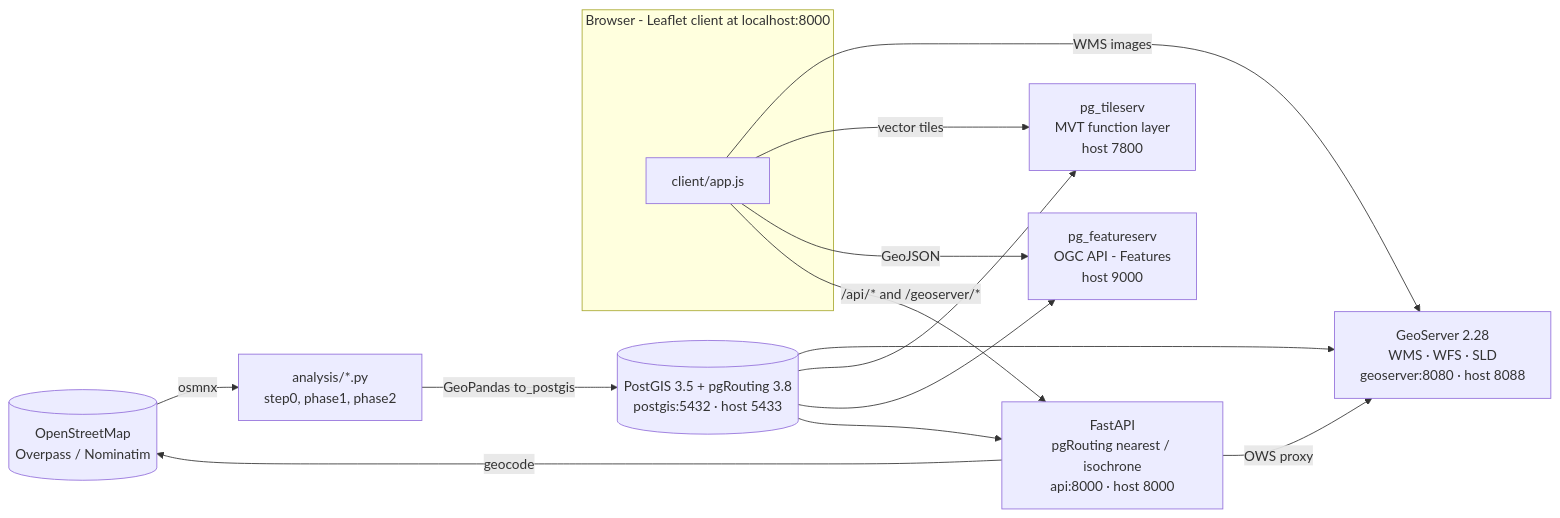
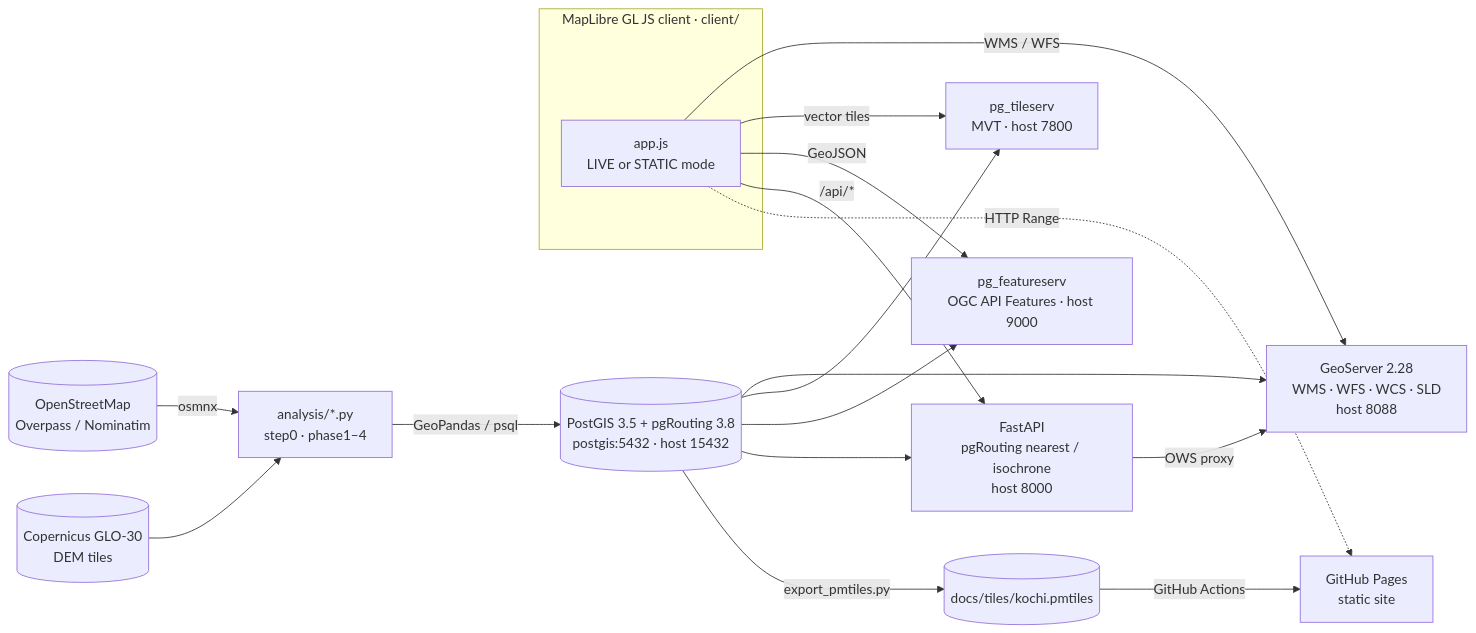
Before and after one commit to adilabd123/Kochi-healthcare-webgis: the diagram in README.md, drawn with Mermaid. The commit also changed other lines of this file and 26 other files, not shown here.

Commit message:
Phase 5: multi-stage Docker, kind self-healing, PMTiles static deployment, ANSWERS Q1-Q12

````diff
--- a/README.md
+++ b/README.md
@@ -21,18 +25,21 @@
 ```mermaid
 flowchart LR
-  OSM[(OpenStreetMap<br/>Overpass / Nominatim)] -->|osmnx| ETL[analysis/*.py<br/>step0, phase1, phase2]
-  ETL -->|GeoPandas to_postgis| PG[(PostGIS 3.5 + pgRouting 3.8<br/>postgis:5432 · host 5433)]
-  PG --> GS[GeoServer 2.28<br/>WMS · WFS · SLD<br/>geoserver:8080 · host 8088]
-  PG --> TS[pg_tileserv<br/>MVT function layer<br/>host 7800]
-  PG --> FS[pg_featureserv<br/>OGC API - Features<br/>host 9000]
-  PG --> API[FastAPI<br/>pgRouting nearest / isochrone<br/>api:8000 · host 8000]
+  OSM[(OpenStreetMap<br/>Overpass / Nominatim)] -->|osmnx| ETL[analysis/*.py<br/>step0 · phase1–4]
+  COP[(Copernicus GLO-30<br/>DEM tiles)] --> ETL
+  ETL -->|GeoPandas / psql| PG[(PostGIS 3.5 + pgRouting 3.8<br/>postgis:5432 · host 15432)]
+  PG --> GS[GeoServer 2.28<br/>WMS · WFS · WCS · SLD<br/>host 8088]
+  PG --> TS[pg_tileserv<br/>MVT · host 7800]
+  PG --> FS[pg_featureserv<br/>OGC API Features · host 9000]
+  PG --> API[FastAPI<br/>pgRouting nearest / isochrone<br/>host 8000]
   API -->|OWS proxy| GS
-  API -->|geocode| OSM
-  subgraph Browser [Browser - Leaflet client at localhost:8000]
-    C[client/app.js]
+  PG -->|export_pmtiles.py| PMT[(docs/tiles/kochi.pmtiles)]
+  PMT -->|GitHub Actions| PAGES[GitHub Pages<br/>static site]
+  subgraph Client [MapLibre GL JS client · client/]
+    C[app.js<br/>LIVE or STATIC mode]
   end
-  C -->|WMS images| GS
+  C -->|WMS / WFS| GS
   C -->|vector tiles| TS
   C -->|GeoJSON| FS
-  C -->|/api/* and /geoserver/*| API
+  C -->|/api/*| API
+  C -.->|HTTP Range| PAGES
 ```
````
